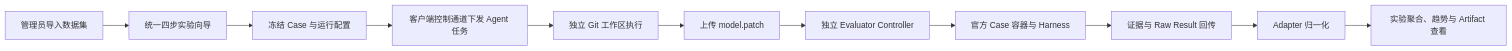
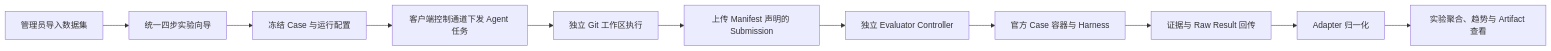
Before and after one commit to openeuler-mirror/agent-insight: the diagram in docs/design/benchmark/README.md, drawn with Mermaid. The commit also changed other lines of this file and 49 other files, not shown here.

````diff
--- a/docs/design/benchmark/README.md
+++ b/docs/design/benchmark/README.md
@@ -9,13 +9,13 @@
 ```mermaid
 flowchart LR
     A[管理员导入数据集] --> B[统一四步实验向导]
     B --> C[冻结 Case 与运行配置]
     C --> D[客户端控制通道下发 Agent 任务]
     D --> E[独立 Git 工作区执行]
-    E --> F[上传 model.patch]
+    E --> F[上传 Manifest 声明的 Submission]
     F --> G[独立 Evaluator Controller]
     G --> H[官方 Case 容器与 Harness]
     H --> I[证据与 Raw Result 回传]
     I --> J[Adapter 归一化]
     J --> K[实验聚合、趋势与 Artifact 查看]
 ```
````
